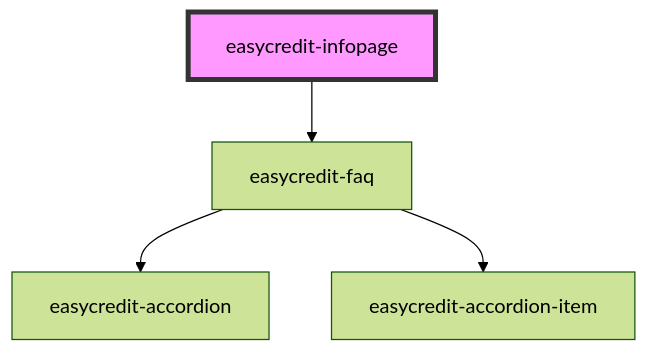
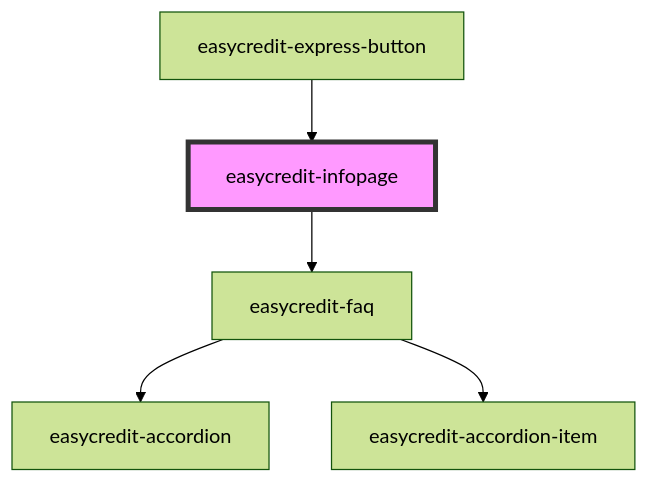
Before and after one commit to teambank/easycredit-webcomponents: the diagram in src/components/easycredit-infopage/readme.md, drawn with Mermaid (forest theme). The commit also changed other lines of this file and 19 other files, not shown here.

Commit message:
express button

````diff
--- a/src/components/easycredit-infopage/readme.md
+++ b/src/components/easycredit-infopage/readme.md
@@ -15,7 +19,8 @@
 ```mermaid
 graph TD;
   easycredit-infopage --> easycredit-faq
   easycredit-faq --> easycredit-accordion
   easycredit-faq --> easycredit-accordion-item
+  easycredit-express-button --> easycredit-infopage
   style easycredit-infopage fill:#f9f,stroke:#333,stroke-width:4px
 ```
````
